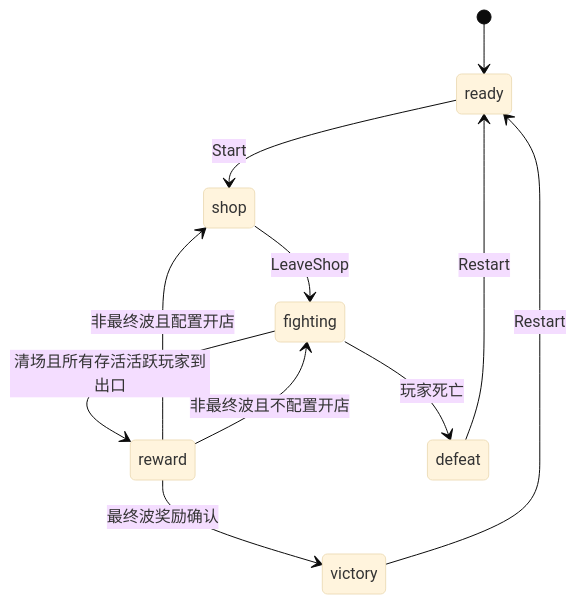
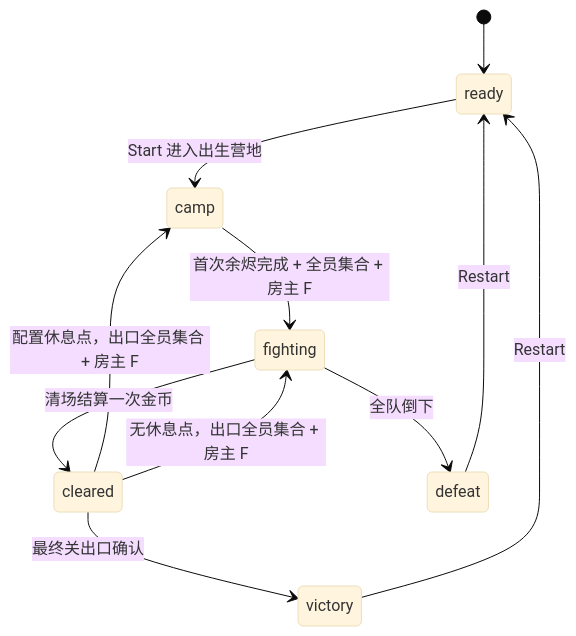
Before and after one commit to Amptyz/Odyssey: the second of 2 diagrams in docs/ARCHITECTURE.md, drawn with Mermaid (base theme). The commit also changed other lines of this file and 176 other files, not shown here.

````diff
--- a/docs/ARCHITECTURE.md
+++ b/docs/ARCHITECTURE.md
@@ -111,13 +111,13 @@
 ```mermaid
 stateDiagram-v2
   [*] --> ready
-  ready --> shop: Start
-  shop --> fighting: LeaveShop
-  fighting --> reward: 清场且所有存活活跃玩家到出口
-  fighting --> defeat: 玩家死亡
-  reward --> shop: 非最终波且配置开店
-  reward --> fighting: 非最终波且不配置开店
-  reward --> victory: 最终波奖励确认
+  ready --> camp: Start 进入出生营地
+  camp --> fighting: 首次余烬完成 + 全员集合 + 房主 F
+  fighting --> cleared: 清场结算一次金币
+  fighting --> defeat: 全队倒下
+  cleared --> camp: 配置休息点，出口全员集合 + 房主 F
+  cleared --> fighting: 无休息点，出口全员集合 + 房主 F
+  cleared --> victory: 最终关出口确认
   victory --> ready: Restart
   defeat --> ready: Restart
 ```
````
